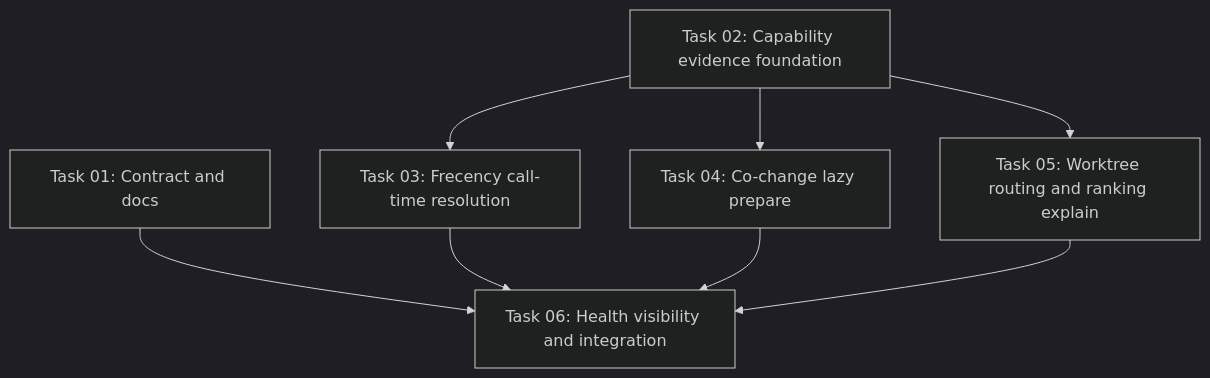
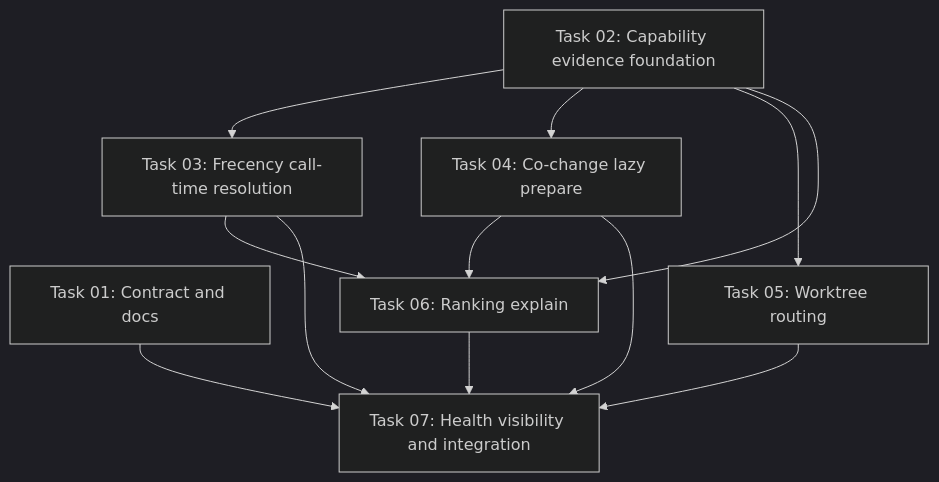
One commit to special-place-ai-heaven/symforge changed the diagram in docs/plans/2026-05-16-call-time-capability-resolution/README.md. Above: the diagram before and after it, drawn with Mermaid (dark theme). The commit also changed other lines of this file and 4 other files, not shown here.

Commit message:
docs: split worktree and ranking goal tasks

````diff
--- a/docs/plans/2026-05-16-call-time-capability-resolution/README.md
+++ b/docs/plans/2026-05-16-call-time-capability-resolution/README.md
@@ -70,10 +71,14 @@
 ```mermaid
 graph TD
-  T01[Task 01: Contract and docs] --> T06[Task 06: Health visibility and integration]
+  T01[Task 01: Contract and docs] --> T07[Task 07: Health visibility and integration]
   T02[Task 02: Capability evidence foundation] --> T03[Task 03: Frecency call-time resolution]
   T02 --> T04[Task 04: Co-change lazy prepare]
-  T02 --> T05[Task 05: Worktree routing and ranking explain]
+  T02 --> T05[Task 05: Worktree routing]
+  T02 --> T06[Task 06: Ranking explain]
   T03 --> T06
   T04 --> T06
-  T05 --> T06
+  T03 --> T07
+  T04 --> T07
+  T05 --> T07
+  T06 --> T07
 ```
````
